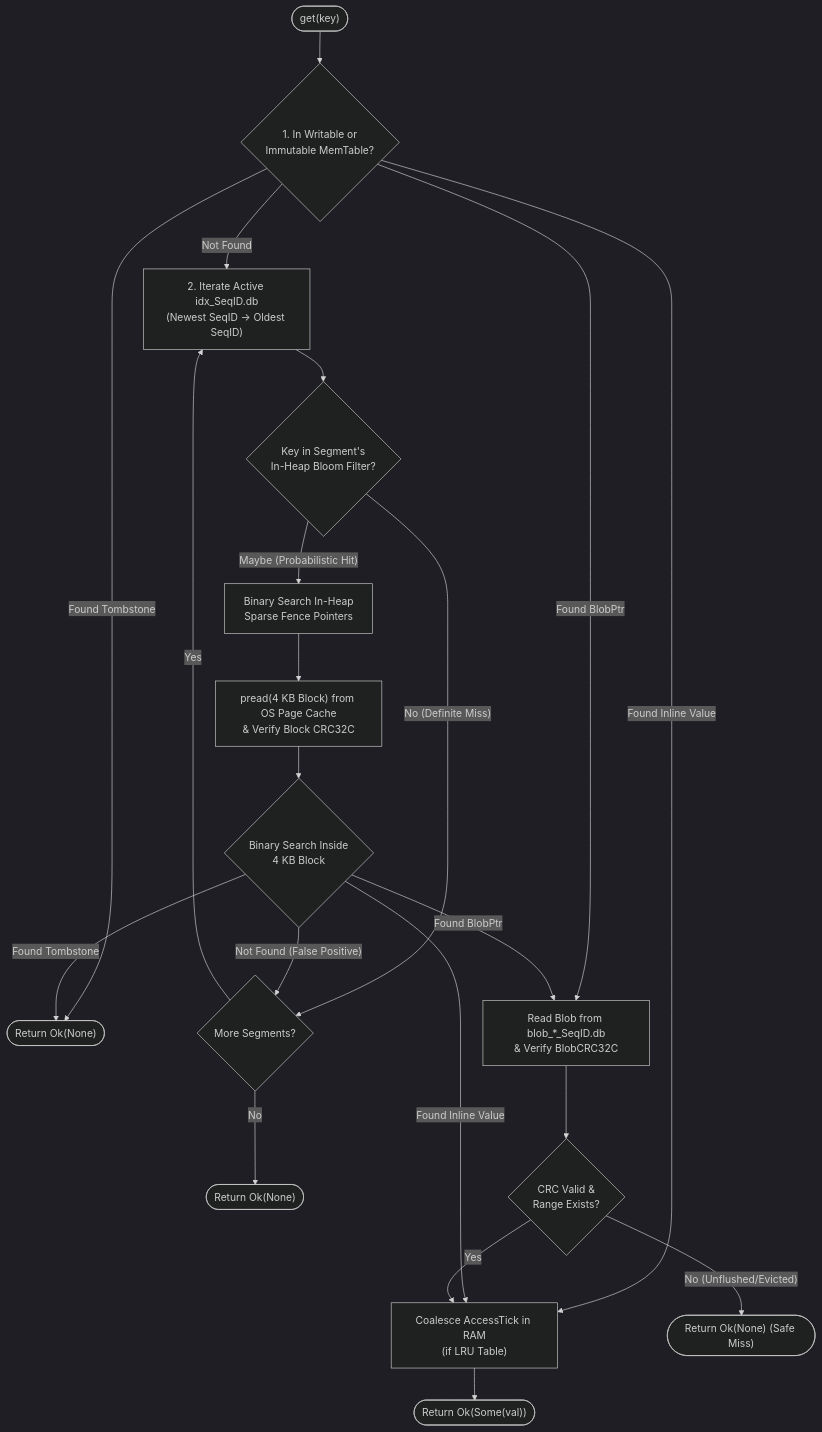
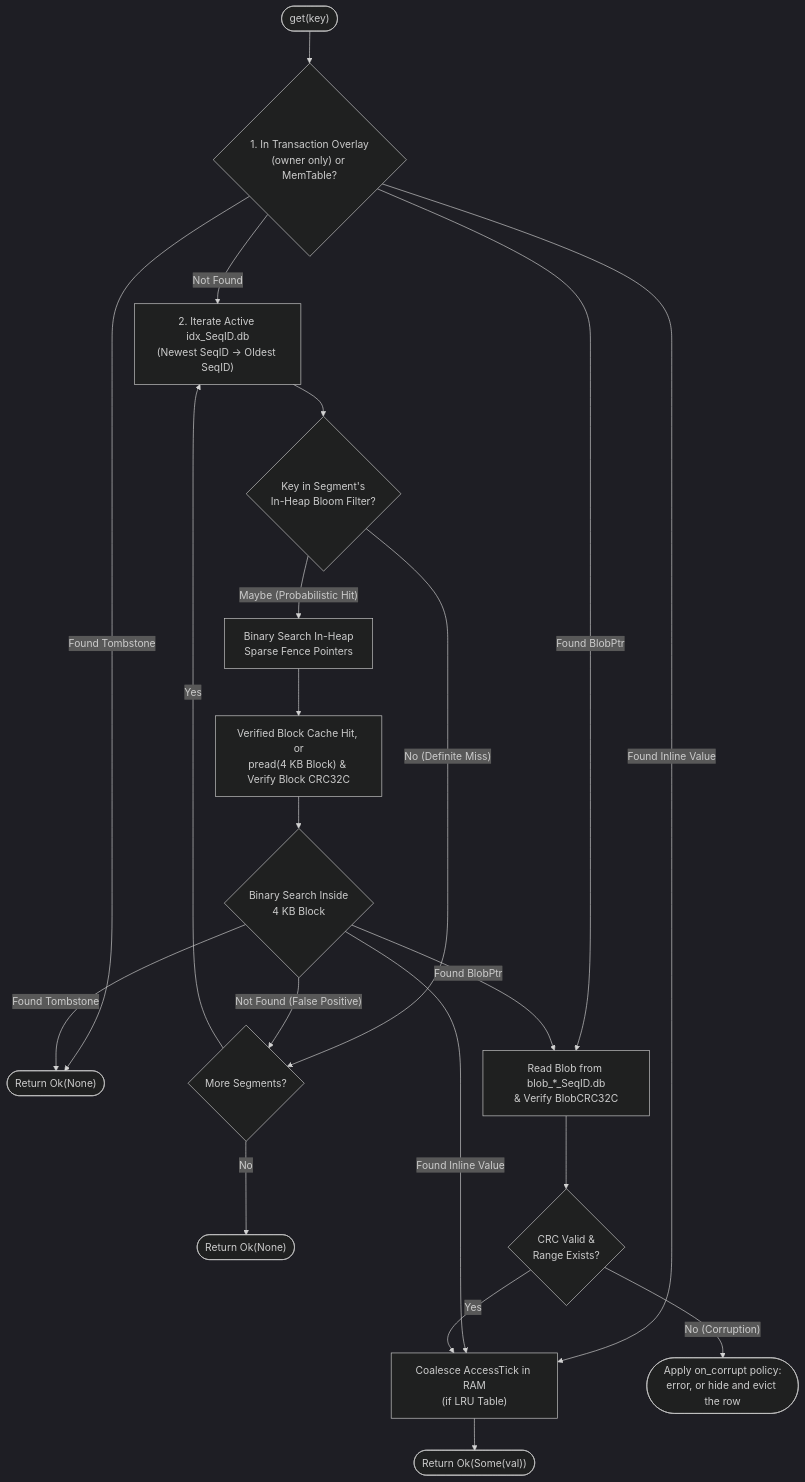
The fourth of 5 diagrams in docs/phase1/00_OVERVIEW.md (toyoshim-i/aydb), drawn with Mermaid (dark theme) before and after one commit. The commit also changed other lines of this file and 10 other files, not shown here.

````diff
--- a/docs/phase1/00_OVERVIEW.md
+++ b/docs/phase1/00_OVERVIEW.md
@@ -162,25 +164,25 @@
 ```mermaid
 flowchart TD
-    Start(["get(key)"]) --> CheckMT{"1. In Writable or<br/>Immutable MemTable?"}
+    Start(["get(key)"]) --> CheckMT{"1. In Transaction Overlay<br/>(owner only) or MemTable?"}
     CheckMT -->|"Found Tombstone"| RetNone1(["Return Ok(None)"])
     CheckMT -->|"Found Inline Value"| TouchLRU1["Coalesce AccessTick in RAM<br/>(if LRU Table)"] --> RetVal1(["Return Ok(Some(val))"])
     CheckMT -->|"Found BlobPtr"| ReadBlob["Read Blob from blob_*_SeqID.db<br/>& Verify BlobCRC32C"]
 
     CheckMT -->|"Not Found"| LoopSeg["2. Iterate Active idx_SeqID.db<br/>(Newest SeqID -> Oldest SeqID)"]
     LoopSeg --> CheckBF{"Key in Segment's<br/>In-Heap Bloom Filter?"}
     CheckBF -->|"No (Definite Miss)"| NextSeg{"More Segments?"}
     NextSeg -->|"Yes"| LoopSeg
     NextSeg -->|"No"| RetNone2(["Return Ok(None)"])
 
     CheckBF -->|"Maybe (Probabilistic Hit)"| FenceSearch["Binary Search In-Heap<br/>Sparse Fence Pointers"]
-    FenceSearch --> PRead["pread(4 KB Block) from OS Page Cache<br/>& Verify Block CRC32C"]
+    FenceSearch --> PRead["Verified Block Cache Hit, or<br/>pread(4 KB Block) & Verify Block CRC32C"]
     PRead --> BlockSearch{"Binary Search Inside<br/>4 KB Block"}
     BlockSearch -->|"Not Found (False Positive)"| NextSeg
     BlockSearch -->|"Found Tombstone"| RetNone1
     BlockSearch -->|"Found Inline Value"| TouchLRU1
     BlockSearch -->|"Found BlobPtr"| ReadBlob
 
     ReadBlob --> VerifyCRC{"CRC Valid &<br/>Range Exists?"}
     VerifyCRC -->|"Yes"| TouchLRU1
-    VerifyCRC -->|"No (Unflushed/Evicted)"| RetNone3(["Return Ok(None) (Safe Miss)"])
+    VerifyCRC -->|"No (Corruption)"| RetNone3(["Apply on_corrupt policy:<br/>error, or hide and evict the row"])
 ```
````
